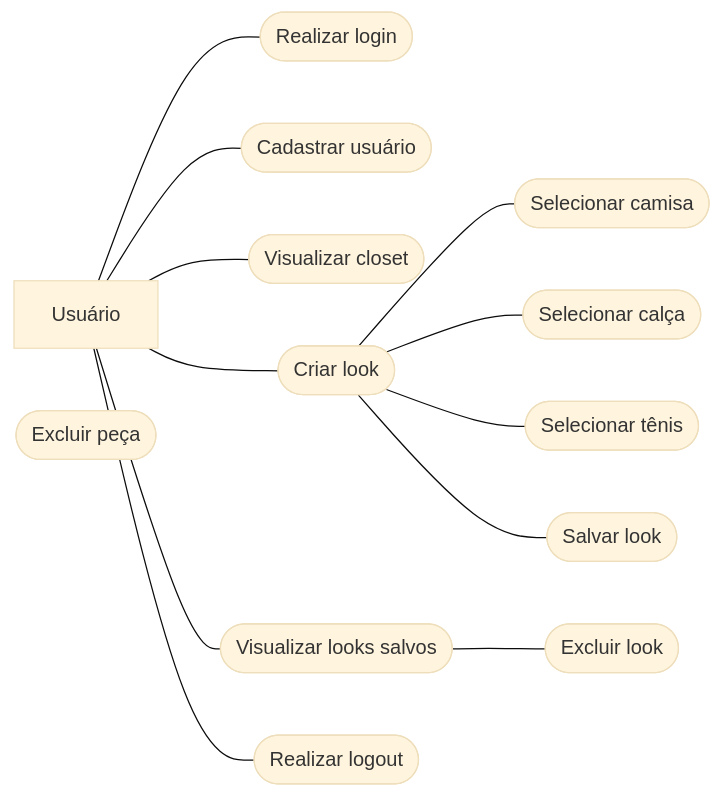
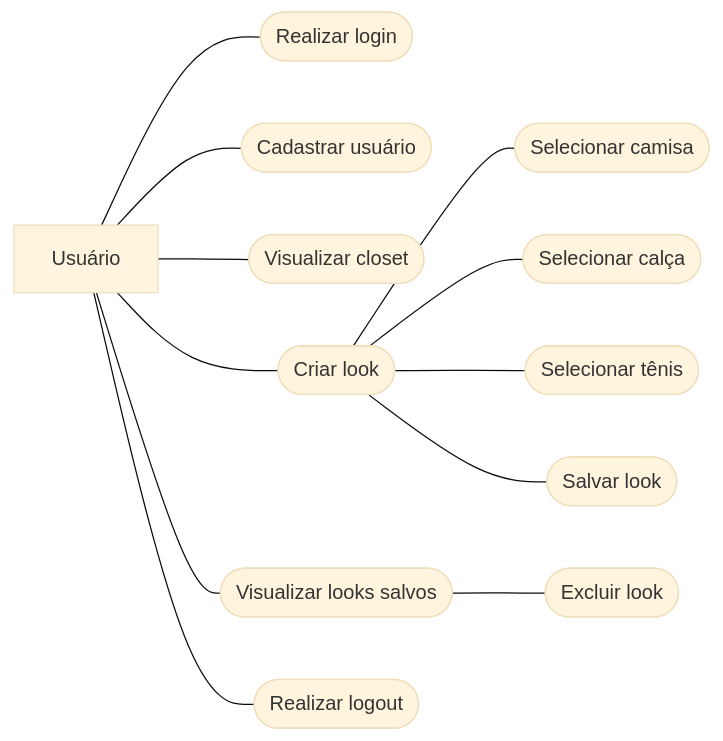
Before and after one commit to oDeivison/Apolo-Armario_virtual: the diagram in usecase.md, drawn with Mermaid (base theme).

Commit message:
Remove 'Excluir peça' from use cases

````diff
--- a/usecase.md
+++ b/usecase.md
@@ -3,37 +3,36 @@
 ```mermaid
 flowchart LR
 
     %% Ator
     USUARIO[Usuário]
 
     %% Casos de uso
     LOGIN([Realizar login])
     CAD([Cadastrar usuário])
     CLOSET([Visualizar closet])
-    EXC_PECA([Excluir peça])
     LOOK([Criar look])
     CAMISA([Selecionar camisa])
     CALCA([Selecionar calça])
     TENIS([Selecionar tênis])
     SALVAR([Salvar look])
     LOOKS([Visualizar looks salvos])
     EXC_LOOK([Excluir look])
     LOGOUT([Realizar logout])
 
     %% Relacionamento do usuário
     USUARIO --- LOGIN
     USUARIO --- CAD
     USUARIO --- CLOSET
     USUARIO --- LOOK
     USUARIO --- LOOKS
     USUARIO --- LOGOUT
 
     %% Criação do look
     LOOK --- CAMISA
     LOOK --- CALCA
     LOOK --- TENIS
     LOOK --- SALVAR
 
     %% Gerenciamento dos looks salvos
     LOOKS --- EXC_LOOK
 ```
````
